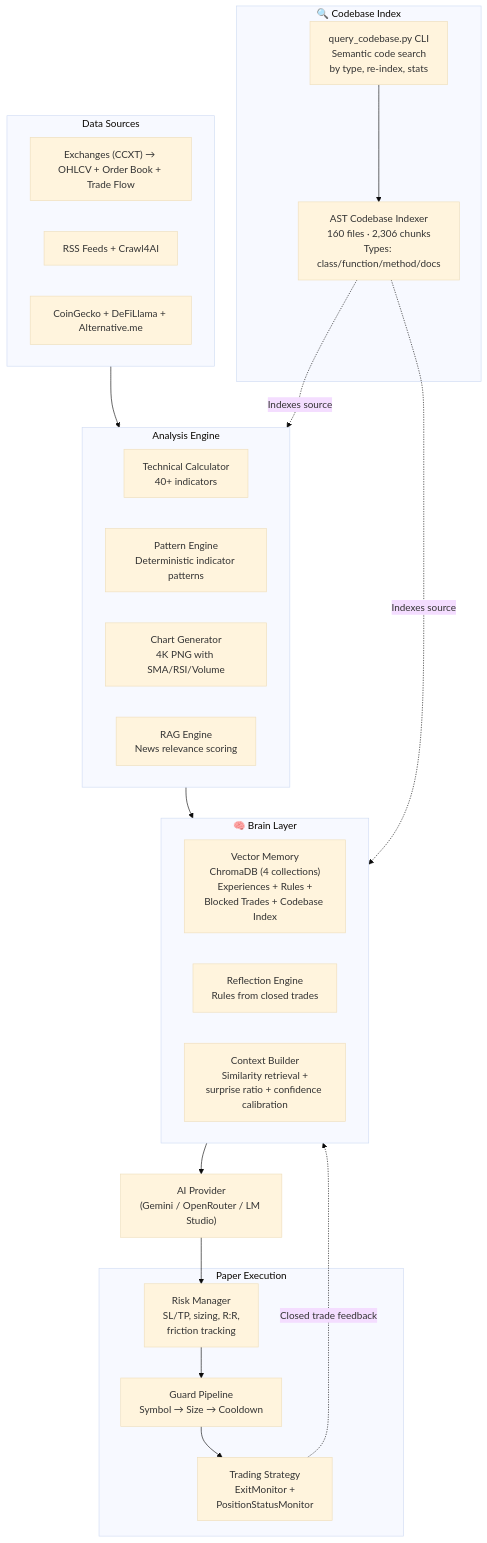
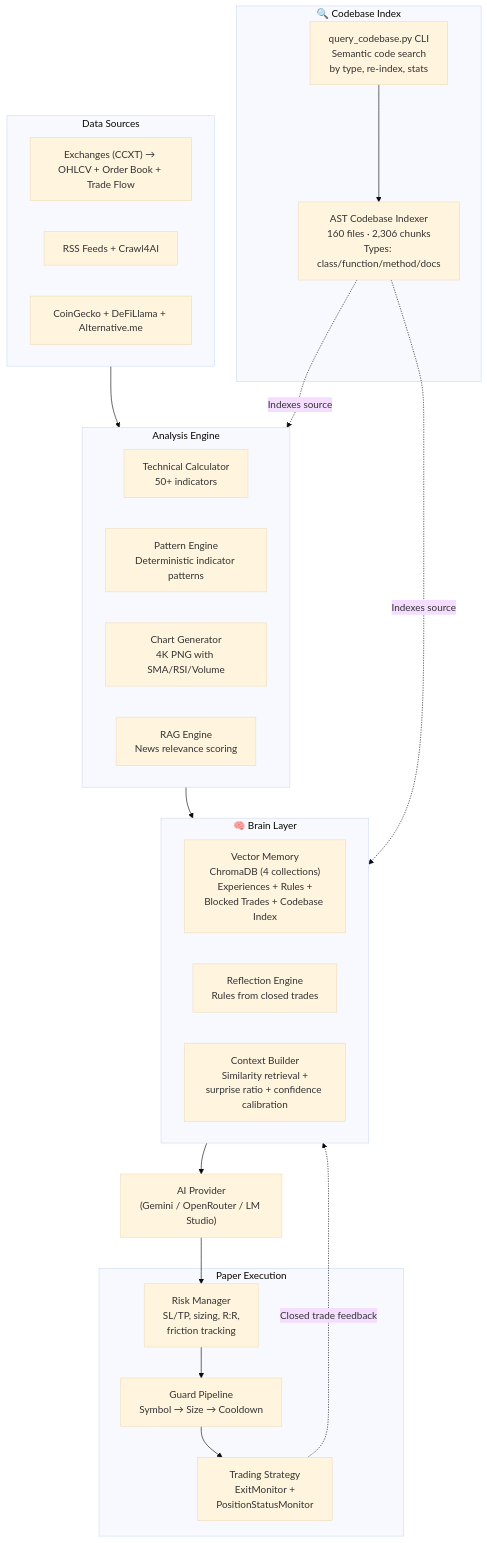
The diagram in README.md (qrak/LLM_trader), drawn with Mermaid (base theme) before and after one commit. The commit also changed other lines of this file and 24 other files, not shown here.

````diff
--- a/README.md
+++ b/README.md
@@ -127,36 +127,36 @@
 ```mermaid
 flowchart TB
     subgraph Data["Data Sources"]
         EX["Exchanges (CCXT) → OHLCV + Order Book + Trade Flow"]
         NEWS["RSS Feeds + Crawl4AI"]
         FUND["CoinGecko + DeFiLlama + Alternative.me"]
     end
     subgraph Analysis["Analysis Engine"]
-        TC["Technical Calculator<br/>40+ indicators"]
+        TC["Technical Calculator<br/>50+ indicators"]
         PE["Pattern Engine<br/>Deterministic indicator patterns"]
         CG["Chart Generator<br/>4K PNG with SMA/RSI/Volume"]
         RAG["RAG Engine<br/>News relevance scoring"]
     end
     subgraph Brain["🧠 Brain Layer"]
         VM["Vector Memory<br/>ChromaDB (4 collections)<br/>Experiences + Rules +<br/>Blocked Trades + Codebase Index"]
         REFL["Reflection Engine<br/>Rules from closed trades"]
         CTX["Context Builder<br/>Similarity retrieval +<br/>surprise ratio + confidence calibration"]
     end
     subgraph Search["🔍 Codebase Index"]
         CVI["AST Codebase Indexer<br/>160 files · 2,306 chunks<br/>Types: class/function/method/docs"]
         QUERY["query_codebase.py CLI<br/>Semantic code search<br/>by type, re-index, stats"]
     end
     subgraph Execution["Paper Execution"]
         RP["Risk Manager<br/>SL/TP, sizing, R:R,<br/>friction tracking"]
         GP["Guard Pipeline<br/>Symbol → Size → Cooldown"]
         STRAT["Trading Strategy<br/>ExitMonitor +<br/>PositionStatusMonitor"]
     end
     Data --> Analysis
     Analysis --> Brain
     Brain --> AI["AI Provider<br/>(Gemini / OpenRouter / LM Studio)"]
     AI --> RP --> GP --> STRAT
     STRAT -.->|Closed trade feedback| Brain
     CVI -.->|Indexes source| Analysis
     CVI -.->|Indexes source| Brain
     QUERY --> CVI
 ```
````
